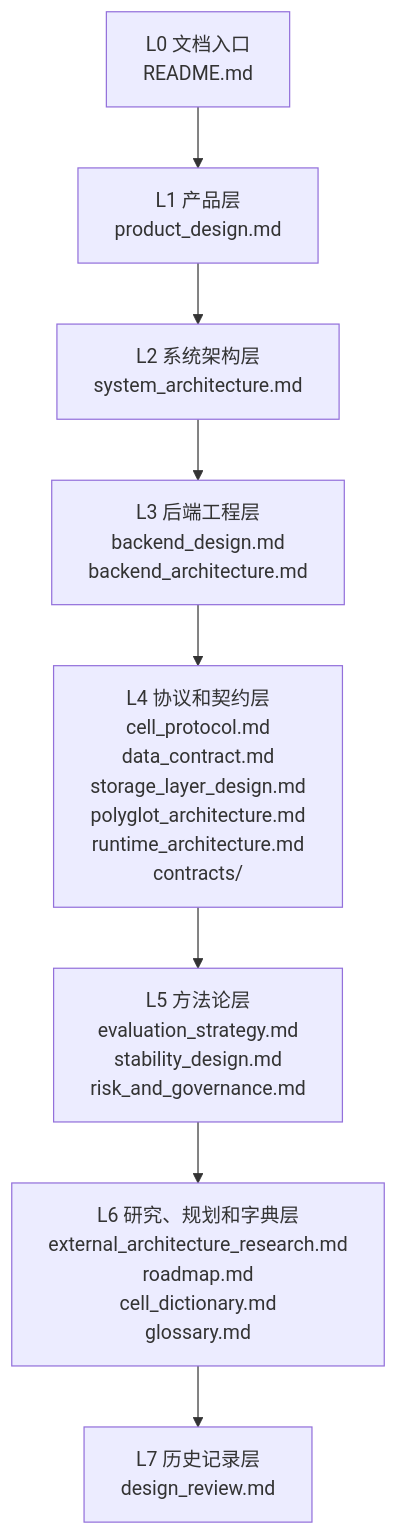
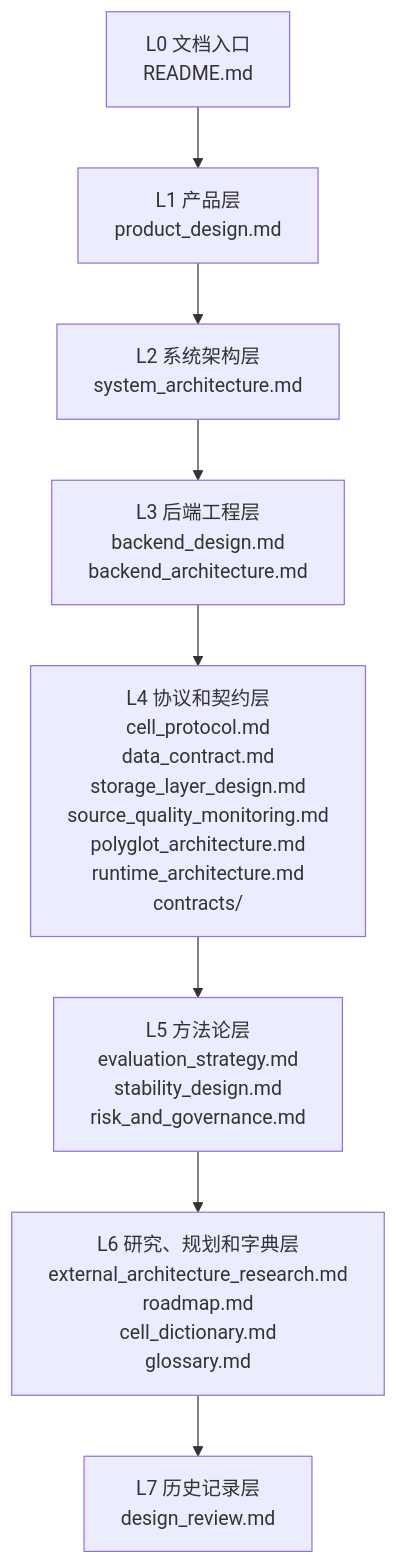
The first of 2 diagrams in docs/documentation_architecture.md (ModWU/market-cell), drawn with Mermaid before and after one commit. The commit also changed other lines of this file and 15 other files, not shown here.

Commit message:
Add source quality monitoring

````diff
--- a/docs/documentation_architecture.md
+++ b/docs/documentation_architecture.md
@@ -17,19 +17,19 @@
 ```mermaid
 flowchart TD
     L0["L0 文档入口<br/>README.md"]
     L1["L1 产品层<br/>product_design.md"]
     L2["L2 系统架构层<br/>system_architecture.md"]
     L3["L3 后端工程层<br/>backend_design.md<br/>backend_architecture.md"]
-    L4["L4 协议和契约层<br/>cell_protocol.md<br/>data_contract.md<br/>storage_layer_design.md<br/>polyglot_architecture.md<br/>runtime_architecture.md<br/>contracts/"]
+    L4["L4 协议和契约层<br/>cell_protocol.md<br/>data_contract.md<br/>storage_layer_design.md<br/>source_quality_monitoring.md<br/>polyglot_architecture.md<br/>runtime_architecture.md<br/>contracts/"]
     L5["L5 方法论层<br/>evaluation_strategy.md<br/>stability_design.md<br/>risk_and_governance.md"]
     L6["L6 研究、规划和字典层<br/>external_architecture_research.md<br/>roadmap.md<br/>cell_dictionary.md<br/>glossary.md"]
     L7["L7 历史记录层<br/>design_review.md"]
 
     L0 --> L1
     L1 --> L2
     L2 --> L3
     L3 --> L4
     L4 --> L5
     L5 --> L6
     L6 --> L7
 ```
````
